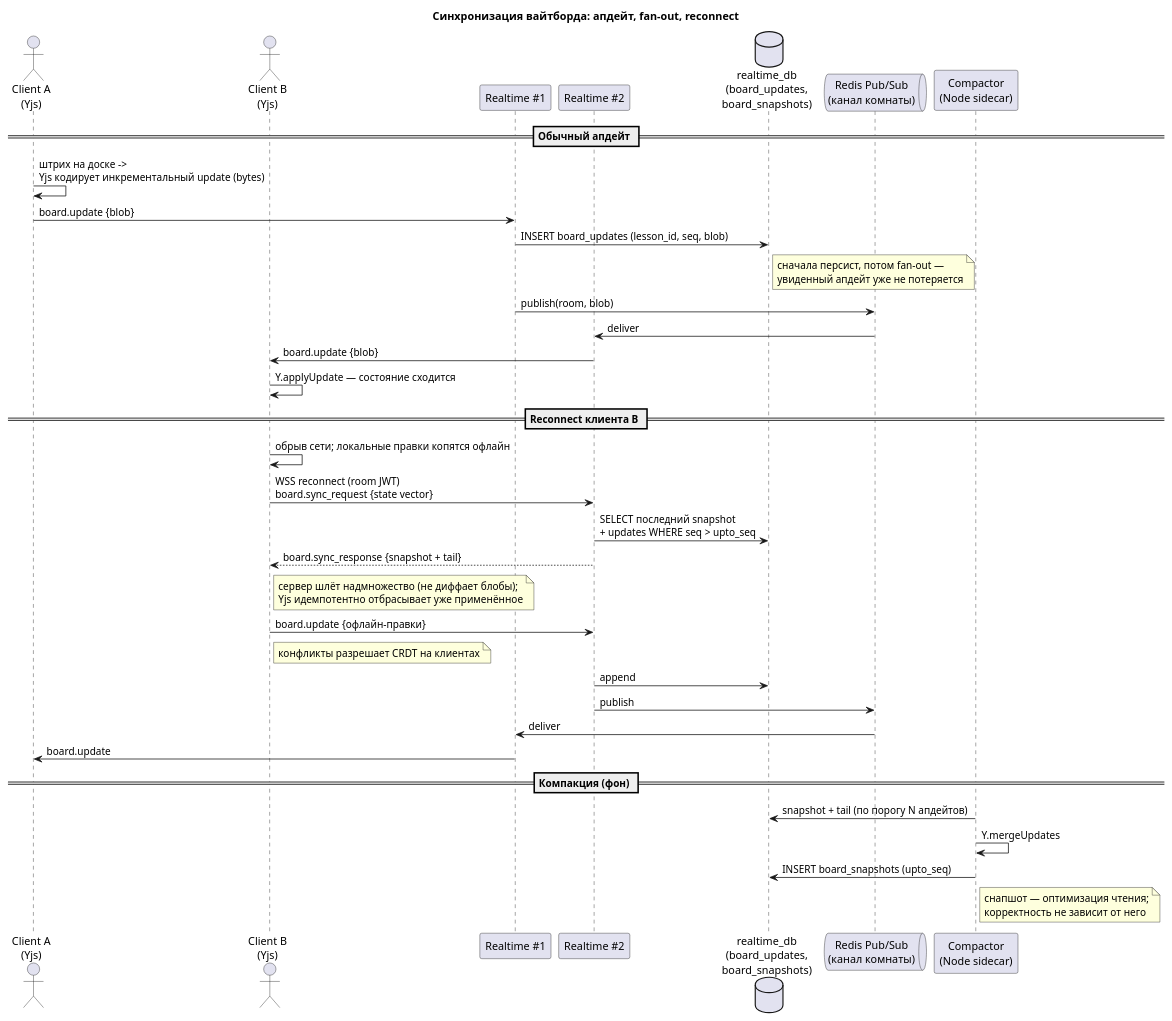
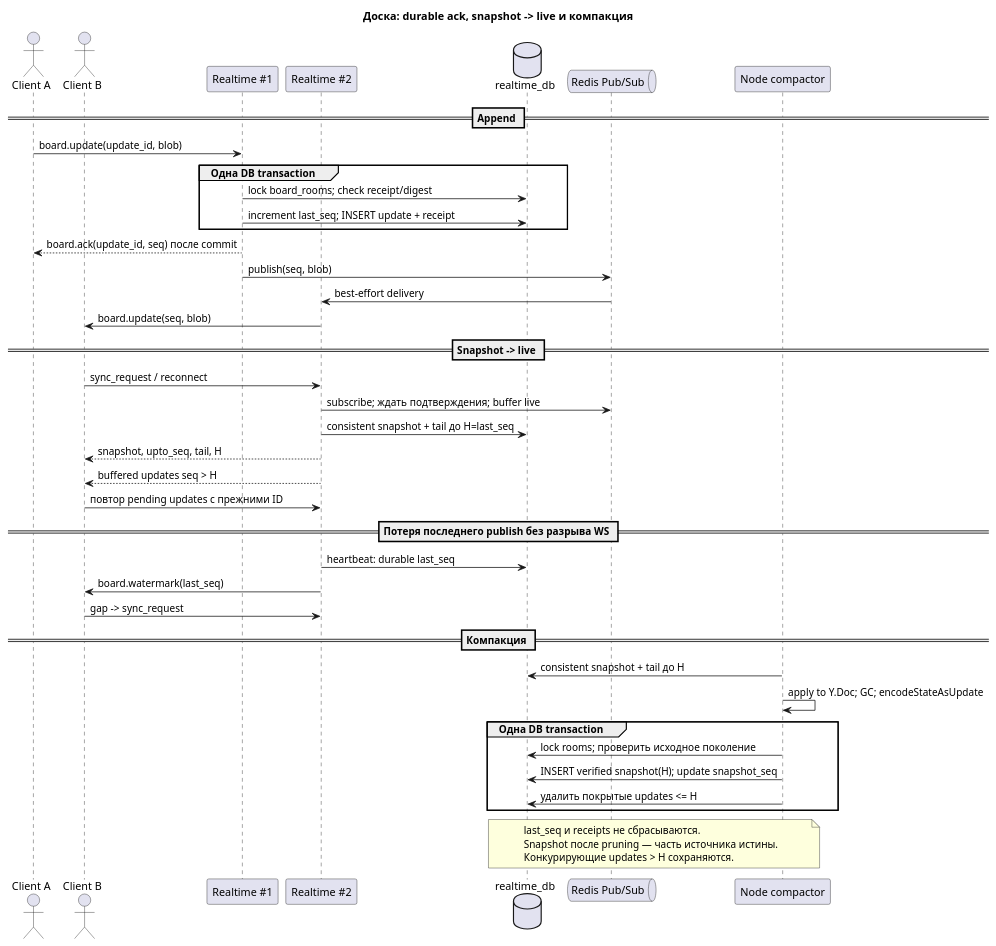
The diagram in Системный анализ/diagrams/sequence/whiteboard-sync.puml (trajectory-platform/architeture), drawn with PlantUML before and after one commit. The commit also changed 65 other files, not shown here.

```diff
--- a/Системный анализ/diagrams/sequence/whiteboard-sync.puml
+++ b/Системный анализ/diagrams/sequence/whiteboard-sync.puml
@@ -1,43 +1,44 @@
 @startuml whiteboard-sync
-title Синхронизация вайтборда: апдейт, fan-out, reconnect
-
-actor "Client A\n(Yjs)" as a
-actor "Client B\n(Yjs)" as b
+title Доска: durable ack, snapshot -> live и компакция
+actor "Client A" as a
+actor "Client B" as b
 participant "Realtime #1" as rt1
 participant "Realtime #2" as rt2
-database "realtime_db\n(board_updates,\nboard_snapshots)" as db
-queue "Redis Pub/Sub\n(канал комнаты)" as redis
-
-== Обычный апдейт ==
-a -> a: штрих на доске ->\nYjs кодирует инкрементальный update (bytes)
-a -> rt1: board.update {blob}
-rt1 -> db: INSERT board_updates (lesson_id, seq, blob)
-note right of db: сначала персист, потом fan-out —\nувиденный апдейт уже не потеряется
-rt1 -> redis: publish(room, blob)
-redis -> rt2: deliver
-rt2 -> b: board.update {blob}
-b -> b: Y.applyUpdate — состояние сходится
-
-== Reconnect клиента B ==
-b -> b: обрыв сети; локальные правки копятся офлайн
-b -> rt2: WSS reconnect (room JWT)\nboard.sync_request {state vector}
-rt2 -> db: SELECT последний snapshot\n+ updates WHERE seq > upto_seq
-rt2 --> b: board.sync_response {snapshot + tail}
-note right of b
-  сервер шлёт надмножество (не диффает блобы);
-  Yjs идемпотентно отбрасывает уже применённое
+database "realtime_db" as db
+queue "Redis Pub/Sub" as redis
+participant "Node compactor" as comp
+== Append ==
+a -> rt1: board.update(update_id, blob)
+group Одна DB transaction
+  rt1 -> db: lock board_rooms; check receipt/digest
+  rt1 -> db: increment last_seq; INSERT update + receipt
+end
+rt1 --> a: board.ack(update_id, seq) после commit
+rt1 -> redis: publish(seq, blob)
+redis -> rt2: best-effort delivery
+rt2 -> b: board.update(seq, blob)
+== Snapshot -> live ==
+b -> rt2: sync_request / reconnect
+rt2 -> redis: subscribe; ждать подтверждения; buffer live
+rt2 -> db: consistent snapshot + tail до H=last_seq
+rt2 --> b: snapshot, upto_seq, tail, H
+rt2 --> b: buffered updates seq > H
+b -> rt2: повтор pending updates с прежними ID
+== Потеря последнего publish без разрыва WS ==
+rt2 -> db: heartbeat: durable last_seq
+rt2 -> b: board.watermark(last_seq)
+b -> rt2: gap -> sync_request
+== Компакция ==
+comp -> db: consistent snapshot + tail до H
+comp -> comp: apply to Y.Doc; GC; encodeStateAsUpdate
+group Одна DB transaction
+  comp -> db: lock rooms; проверить исходное поколение
+  comp -> db: INSERT verified snapshot(H); update snapshot_seq
+  comp -> db: удалить покрытые updates <= H
+end
+note over db,comp
+  last_seq и receipts не сбрасываются.
+  Snapshot после pruning — часть источника истины.
+  Конкурирующие updates > H сохраняются.
 end note
-b -> rt2: board.update {офлайн-правки}
-note right of b: конфликты разрешает CRDT на клиентах
-rt2 -> db: append
-rt2 -> redis: publish
-redis -> rt1: deliver
-rt1 -> a: board.update
-
-== Компакция (фон) ==
-participant "Compactor\n(Node sidecar)" as comp
-comp -> db: snapshot + tail (по порогу N апдейтов)
-comp -> comp: Y.mergeUpdates
-comp -> db: INSERT board_snapshots (upto_seq)
-note right of comp: снапшот — оптимизация чтения;\nкорректность не зависит от него
 @enduml
```
